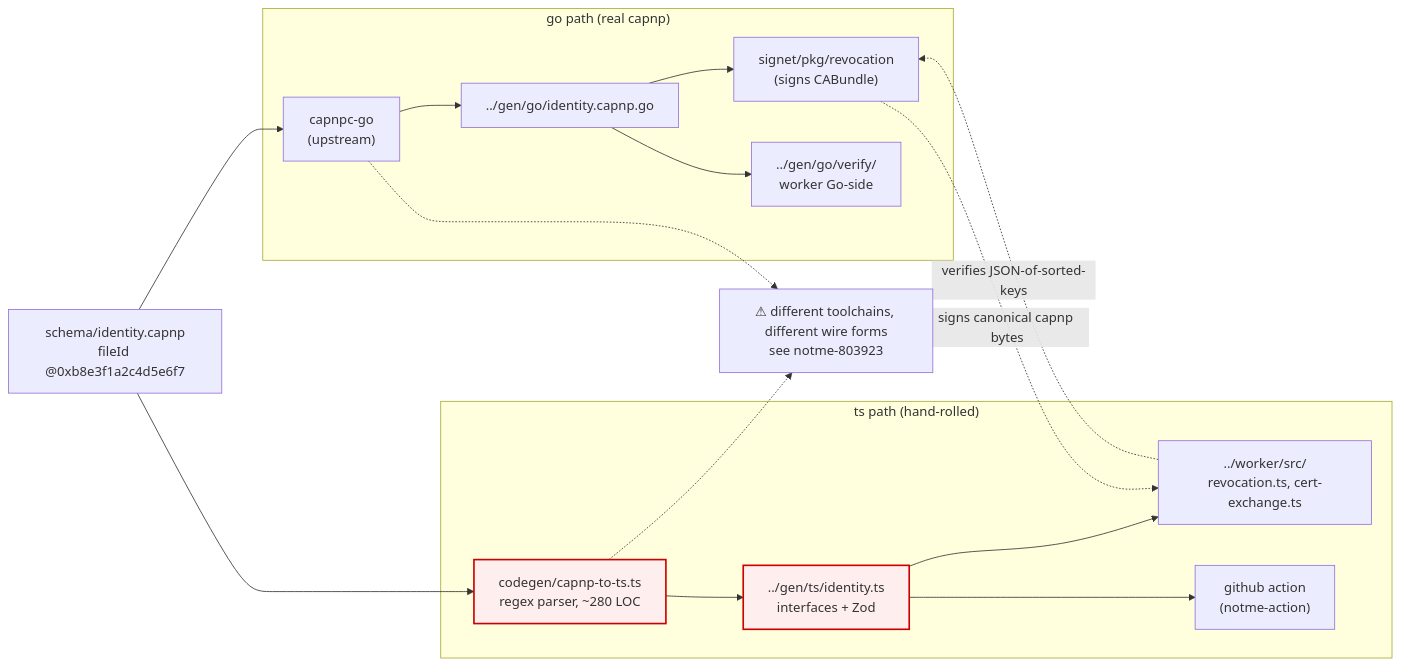
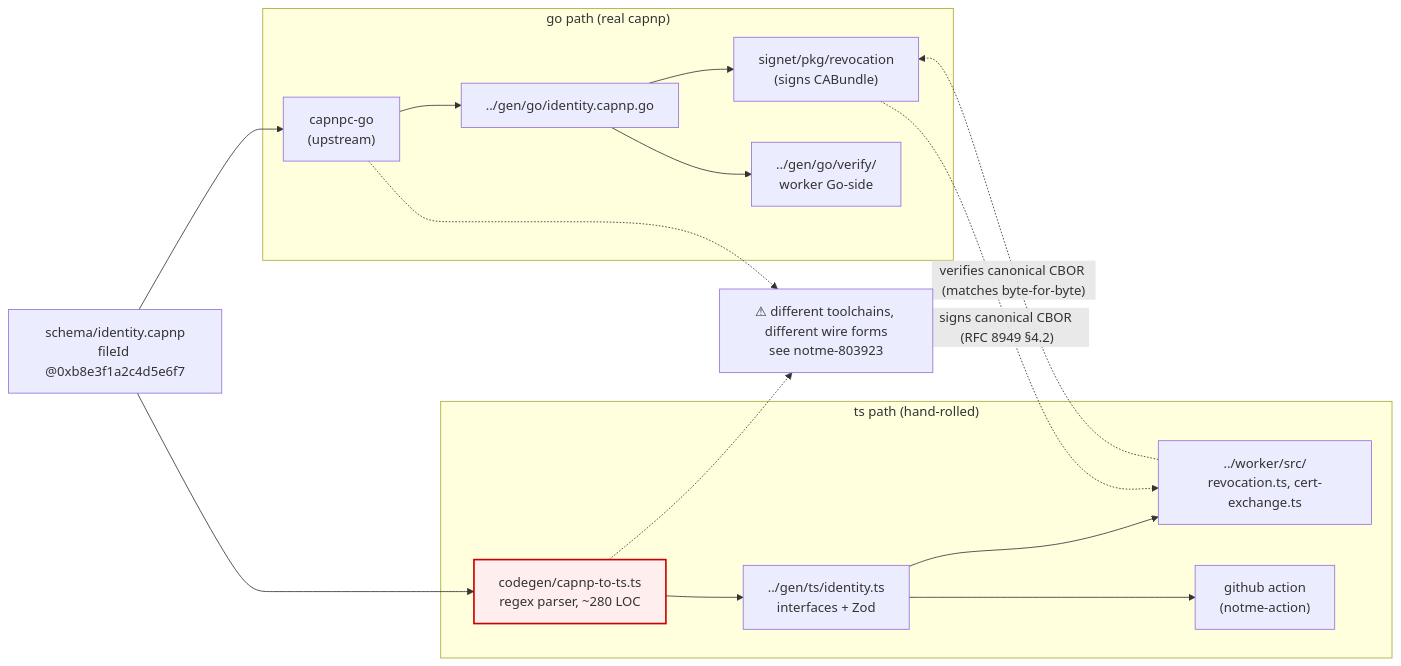
The diagram in schema/README.md (agentic-research/notme), drawn with Mermaid before and after one commit. The commit also changed other lines of this file and 7 other files, not shown here.

First line of the commit message:
feat(worker): CABundle signing canonical → CBOR (per ADR-010, signet protocol alignment) — replaces #10 (#11)

````diff
--- a/schema/README.md
+++ b/schema/README.md
@@ -31,36 +41,36 @@
 ```mermaid
 flowchart LR
     src["schema/identity.capnp<br/>fileId @0xb8e3f1a2c4d5e6f7"]
 
     subgraph go_path["go path (real capnp)"]
         capnpc_go["capnpc-go<br/>(upstream)"]
         gen_go["../gen/go/identity.capnp.go"]
         signet_pkg["signet/pkg/revocation<br/>(signs CABundle)"]
         worker_verify["../gen/go/verify/<br/>worker Go-side"]
     end
 
     subgraph ts_path["ts path (hand-rolled)"]
         capnp_to_ts["codegen/capnp-to-ts.ts<br/>regex parser, ~280 LOC"]
         gen_ts["../gen/ts/identity.ts<br/>interfaces + Zod"]
         worker_ts["../worker/src/<br/>revocation.ts, cert-exchange.ts"]
         action_ts["github action<br/>(notme-action)"]
     end
 
     src --> capnpc_go --> gen_go
     gen_go --> signet_pkg
     gen_go --> worker_verify
 
     src --> capnp_to_ts --> gen_ts
     gen_ts --> worker_ts
     gen_ts --> action_ts
 
-    signet_pkg -. "signs canonical capnp bytes" .-> worker_ts
-    worker_ts -. "verifies JSON-of-sorted-keys" .-> signet_pkg
+    signet_pkg -. "signs canonical CBOR (RFC 8949 §4.2)" .-> worker_ts
+    worker_ts -. "verifies canonical CBOR (matches byte-for-byte)" .-> signet_pkg
 
     classDef warn fill:#fee,stroke:#c00,stroke-width:2px
-    class capnp_to_ts,gen_ts warn
+    class capnp_to_ts warn
 
     divergence["⚠ different toolchains, different wire forms<br/>see notme-803923"]
     capnpc_go -.-> divergence
     capnp_to_ts -.-> divergence
 ```
````
